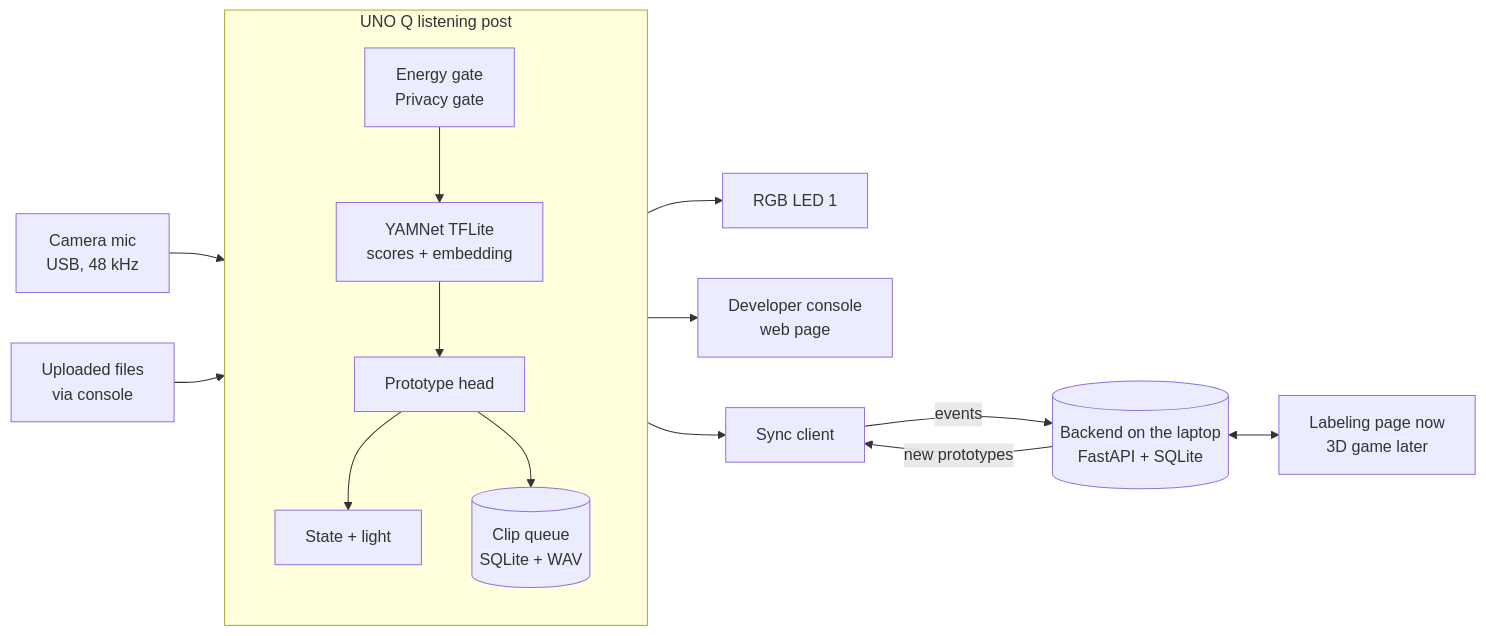
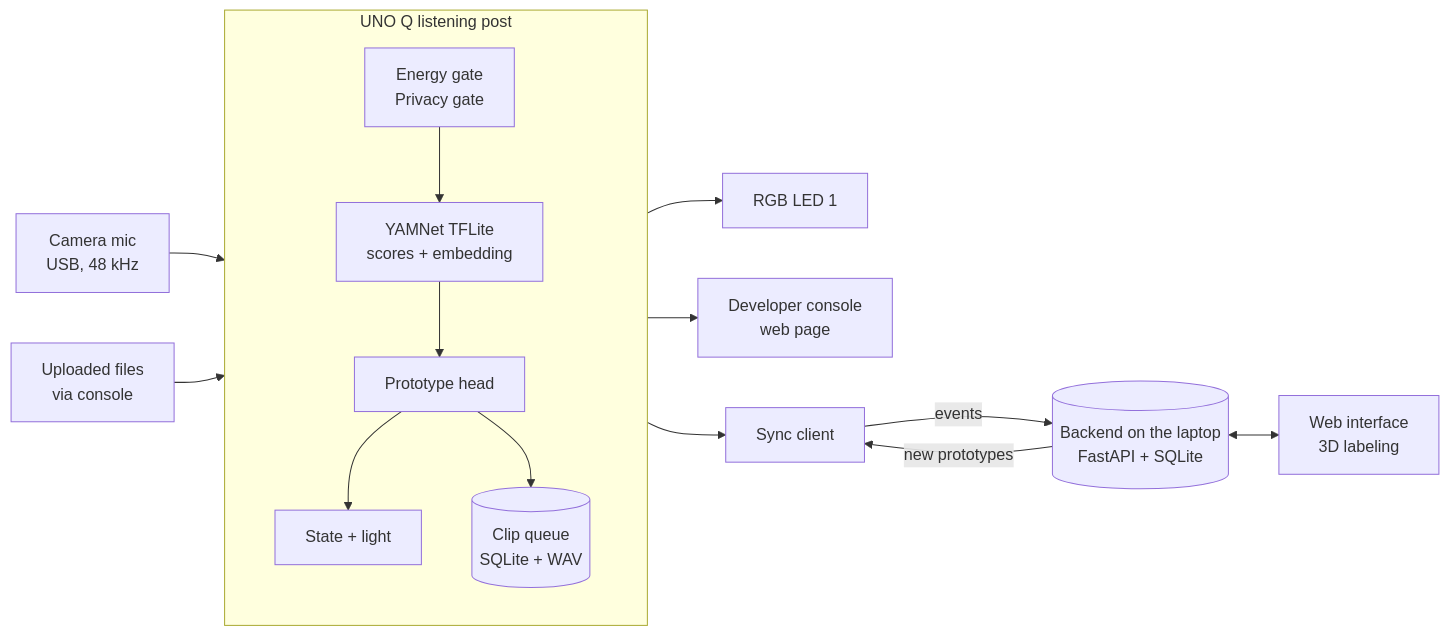
Before and after one commit to stepkono/ecco: the diagram in docs/SYSTEM.md, drawn with Mermaid. The commit also changed other lines of this file, not shown here.

Commit message:
System description: the new web interface, server status page, recordings endpoints

````diff
--- a/docs/SYSTEM.md
+++ b/docs/SYSTEM.md
@@ -26,18 +27,18 @@
 ```mermaid
 flowchart LR
   mic[Camera mic<br/>USB, 48 kHz] --> post
   files[Uploaded files<br/>via console] --> post
   subgraph post[UNO Q listening post]
     direction TB
     gates[Energy gate<br/>Privacy gate] --> model[YAMNet TFLite<br/>scores + embedding]
     model --> head[Prototype head]
     head --> state[State + light]
     head --> queue[(Clip queue<br/>SQLite + WAV)]
   end
   state --> led[RGB LED 1]
   state --> console[Developer console<br/>web page]
   queue --> sync[Sync client]
   sync -->|events| backend[(Backend on the laptop<br/>FastAPI + SQLite)]
   backend -->|new prototypes| sync
-  backend <--> game[Labeling page now<br/>3D game later]
+  backend <--> game[Web interface<br/>3D labeling]
 ```
````
